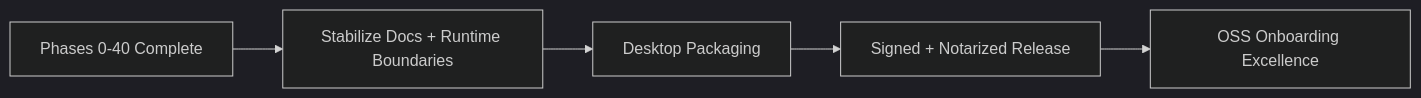
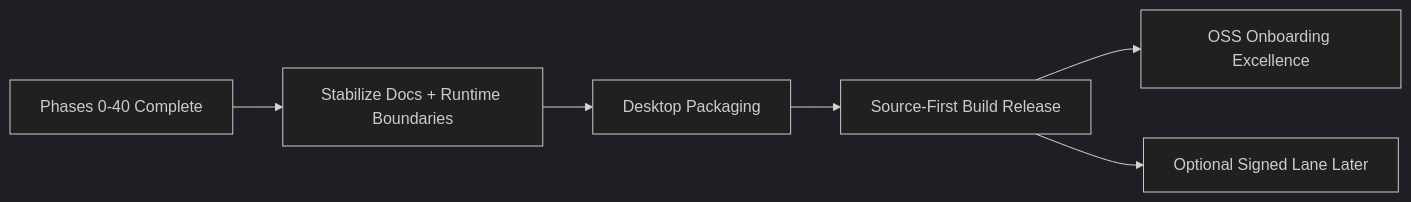
Before and after one commit to eeshansrivastava89/sidequests: the first of 3 diagrams in docs/internal/IMPLEMENTATION_PLAN.md, drawn with Mermaid (dark theme). The commit also changed other lines of this file and 5 other files, not shown here.

First line of the commit message:
phase 48 closeout: fix clean-clone onboarding, source-first pivot

````diff
--- a/docs/internal/IMPLEMENTATION_PLAN.md
+++ b/docs/internal/IMPLEMENTATION_PLAN.md
@@ -14,7 +16,8 @@
 ```mermaid
 flowchart LR
   A[Phases 0-40 Complete] --> B[Stabilize Docs + Runtime Boundaries]
   B --> C[Desktop Packaging]
-  C --> D[Signed + Notarized Release]
+  C --> D[Source-First Build Release]
   D --> E[OSS Onboarding Excellence]
+  D --> F[Optional Signed Lane Later]
 ```
````
